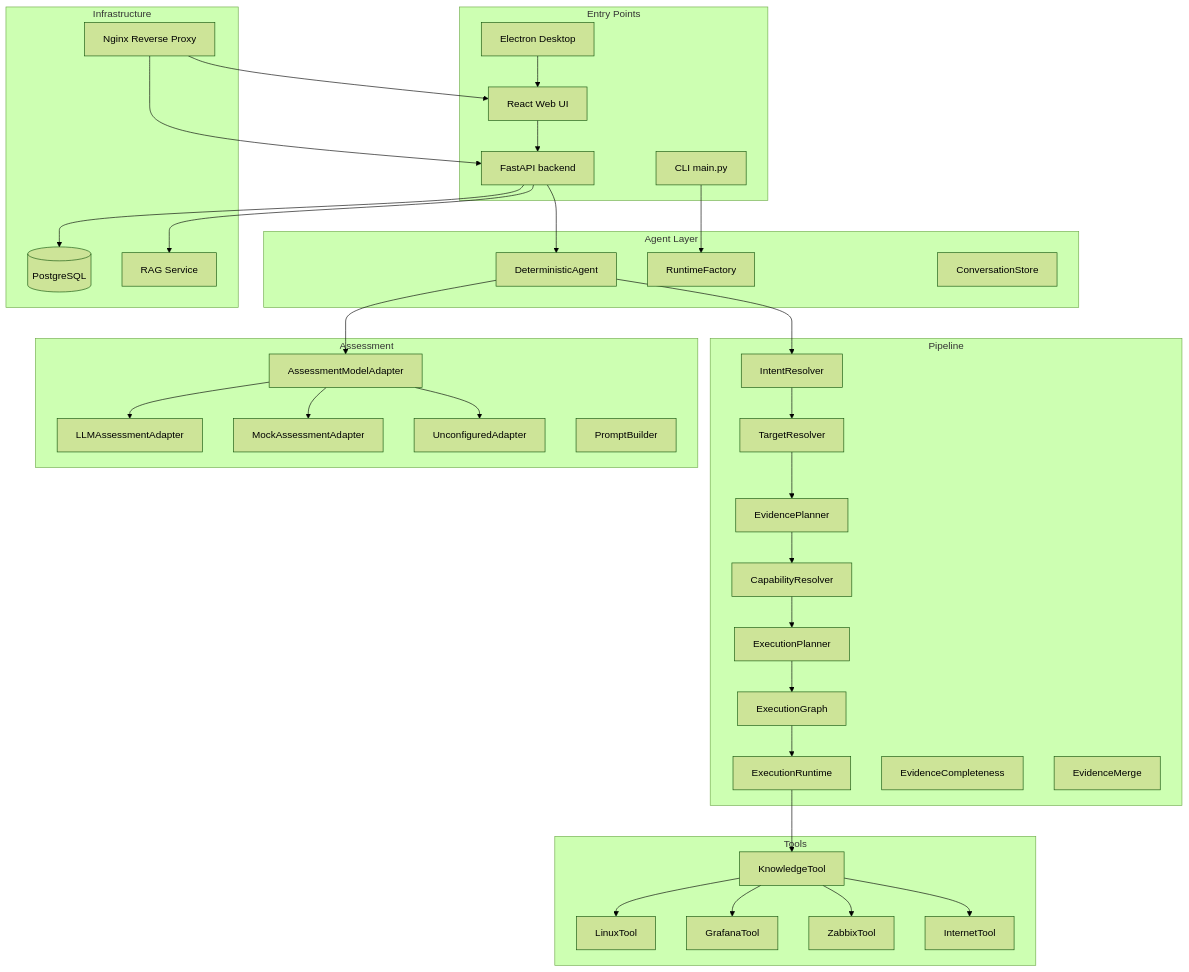
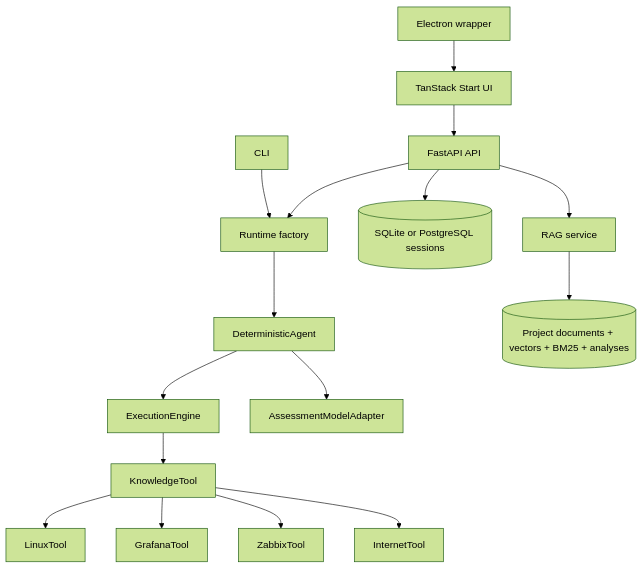
The third of 5 diagrams in docs/architecture/diagrams.md (phamhuubinh/infrastructure-agent), drawn with Mermaid (forest theme) before and after one commit. The commit also changed other lines of this file and 42 other files, not shown here.

````diff
--- a/docs/architecture/diagrams.md
+++ b/docs/architecture/diagrams.md
@@ -52,71 +57,20 @@
 ```mermaid
-graph TB
-    subgraph "Entry Points"
-        CLI[CLI main.py]
-        API[FastAPI backend]
-        UI[React Web UI]
-        Desktop[Electron Desktop]
-    end
+flowchart TB
+    CLI[CLI] --> RF[Runtime factory]
+    API[FastAPI API] --> RF
+    UI[TanStack Start UI] --> API
+    DESKTOP[Electron wrapper] --> UI
 
-    subgraph "Agent Layer"
-        DA[DeterministicAgent]
-        RF[RuntimeFactory]
-        CS[ConversationStore]
-    end
+    RF --> AGENT[DeterministicAgent]
+    AGENT --> ENGINE[ExecutionEngine]
+    ENGINE --> KT[KnowledgeTool]
+    KT --> LT[LinuxTool]
+    KT --> GT[GrafanaTool]
+    KT --> ZT[ZabbixTool]
+    KT --> IT[InternetTool]
+    AGENT --> MODEL[AssessmentModelAdapter]
 
-    subgraph "Pipeline"
-        IR[IntentResolver]
-        TR[TargetResolver]
-        EP[EvidencePlanner]
-        CR2[CapabilityResolver]
-        EPl2[ExecutionPlanner]
-        EG2[ExecutionGraph]
-        ER2[ExecutionRuntime]
-        EC[EvidenceCompleteness]
-        EM[EvidenceMerge]
-    end
-
-    subgraph "Tools"
-        KT[KnowledgeTool]
-        LT[LinuxTool]
-        GT[GrafanaTool]
-        ZT[ZabbixTool]
-        IT[InternetTool]
-    end
-
-    subgraph "Assessment"
-        AM[AssessmentModelAdapter]
-        LLM[LLMAssessmentAdapter]
-        Mock[MockAssessmentAdapter]
-        Setup[UnconfiguredAdapter]
-        PB[PromptBuilder]
-    end
-
-    subgraph "Infrastructure"
-        DB[(PostgreSQL)]
-        RAG[RAG Service]
-        Proxy[Nginx Reverse Proxy]
-    end
-
-    CLI --> RF
-    API --> DA
-    UI --> API
-    Desktop --> UI
-
-    DA --> IR --> TR --> EP --> CR2 --> EPl2 --> EG2 --> ER2
-    ER2 --> KT
-    KT --> LT
-    KT --> GT
-    KT --> ZT
-    KT --> IT
-
-    DA --> AM
-    AM --> LLM
-    AM --> Mock
-    AM --> Setup
-
-    API --> DB
-    API --> RAG
-    Proxy --> API
-    Proxy --> UI
+    API --> SESSION[(SQLite or PostgreSQL sessions)]
+    API --> RAG[RAG service]
+    RAG --> RAGDATA[(Project documents + vectors + BM25 + analyses)]
 ```
````
